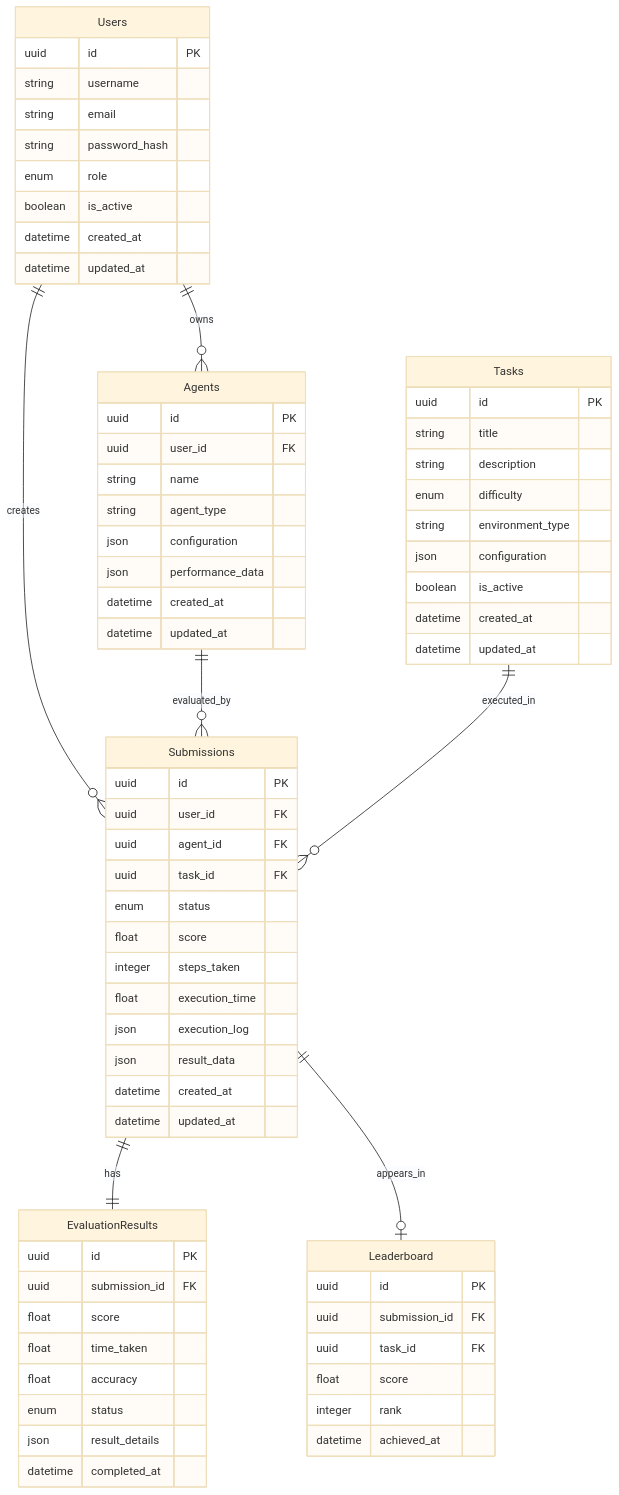
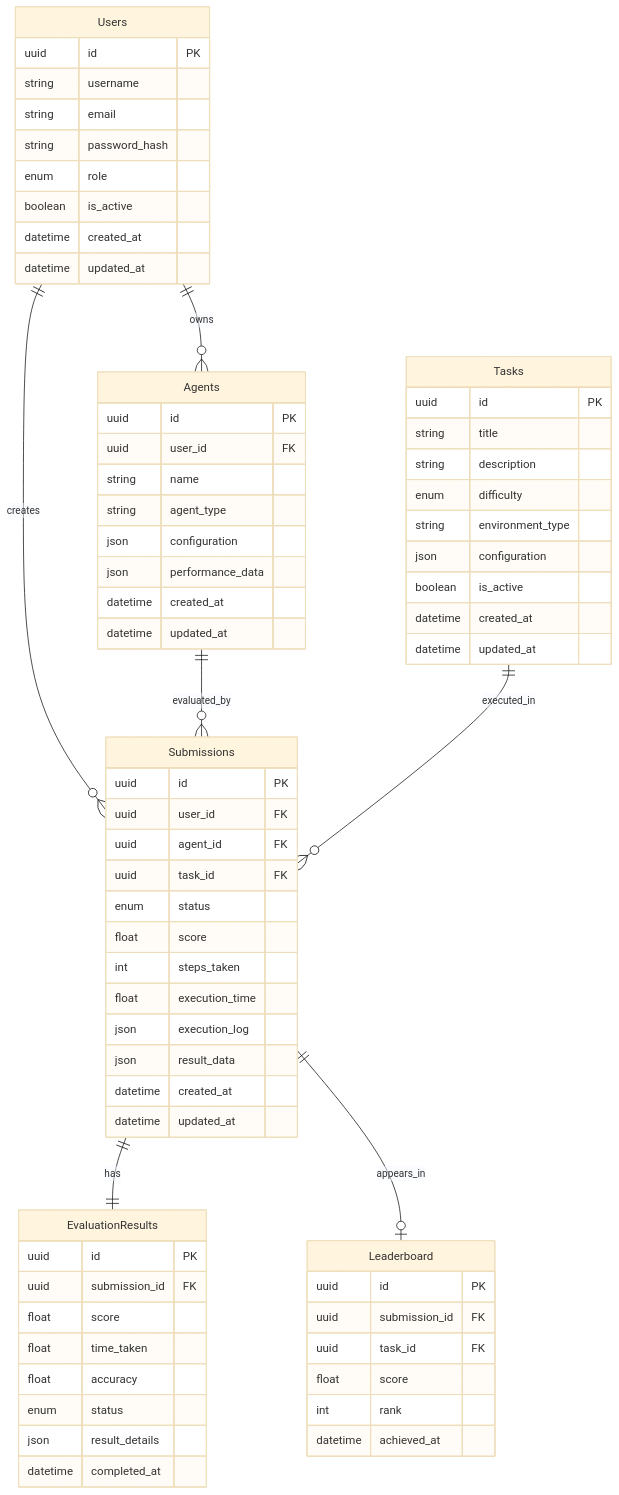
The fifth of 9 diagrams in ARCHITECTURE.md (sumit7754/AgentArena), drawn with Mermaid (base theme) before and after one commit. The commit also changed other lines of this file and 2 other files, not shown here.

Commit message:
docs: Update and align documentation with new backend architecture

````diff
--- a/ARCHITECTURE.md
+++ b/ARCHITECTURE.md
@@ -343,78 +334,78 @@
 ```mermaid
 erDiagram
     Users ||--o{ Agents : owns
     Users ||--o{ Submissions : creates
     Agents ||--o{ Submissions : evaluated_by
     Tasks ||--o{ Submissions : executed_in
     Submissions ||--|| EvaluationResults : has
     Submissions ||--o| Leaderboard : appears_in
 
     Users {
         uuid id PK
         string username
         string email
         string password_hash
         enum role
         boolean is_active
         datetime created_at
         datetime updated_at
     }
 
     Agents {
         uuid id PK
         uuid user_id FK
         string name
         string agent_type
         json configuration
         json performance_data
         datetime created_at
         datetime updated_at
     }
 
     Tasks {
         uuid id PK
         string title
         string description
         enum difficulty
         string environment_type
         json configuration
         boolean is_active
         datetime created_at
         datetime updated_at
     }
 
     Submissions {
         uuid id PK
         uuid user_id FK
         uuid agent_id FK
         uuid task_id FK
         enum status
         float score
-        integer steps_taken
+        int steps_taken
         float execution_time
         json execution_log
         json result_data
         datetime created_at
         datetime updated_at
     }
 
     EvaluationResults {
         uuid id PK
         uuid submission_id FK
         float score
         float time_taken
         float accuracy
         enum status
         json result_details
         datetime completed_at
     }
 
     Leaderboard {
         uuid id PK
         uuid submission_id FK
         uuid task_id FK
         float score
-        integer rank
+        int rank
         datetime achieved_at
     }
 ```
````
